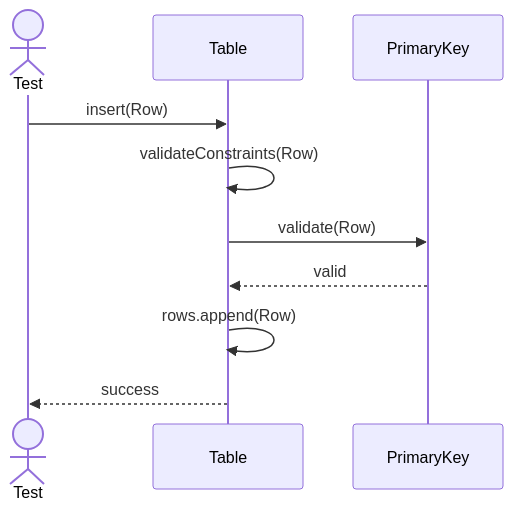
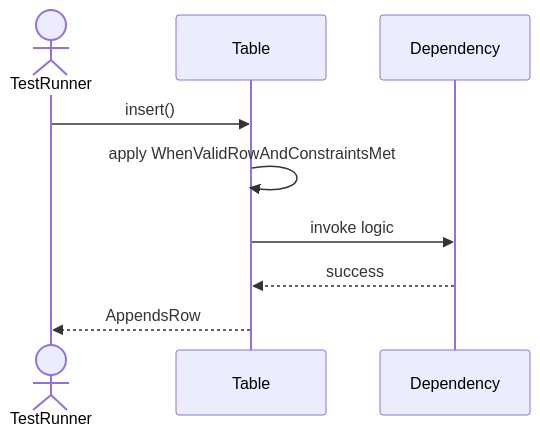
One commit to TamBui1706/DBMS changed the first of 12 diagrams in Sequences/DatabaseObjectManagement/Table.md. Above: the diagram before and after it, drawn with Mermaid. The commit also changed other lines of this file and 63 other files, not shown here.

Commit message:
Draw sequence diagram for unit tests

````diff
--- a/Sequences/DatabaseObjectManagement/Table.md
+++ b/Sequences/DatabaseObjectManagement/Table.md
@@ -16,13 +23,10 @@
 ```mermaid
 sequenceDiagram
-    actor Test
+    actor TestRunner
     participant Table
-    participant PrimaryKey
-
-    Test->>Table: insert(Row)
-    Table->>Table: validateConstraints(Row)
-    Table->>PrimaryKey: validate(Row)
-    PrimaryKey-->>Table: valid
-    Table->>Table: rows.append(Row)
-    Table-->>Test: success
+    TestRunner->>Table: insert()
+    Table->>Table: apply WhenValidRowAndConstraintsMet
+    Table->>Dependency: invoke logic
+    Dependency-->>Table: success
+    Table-->>TestRunner: AppendsRow
 ```
````
